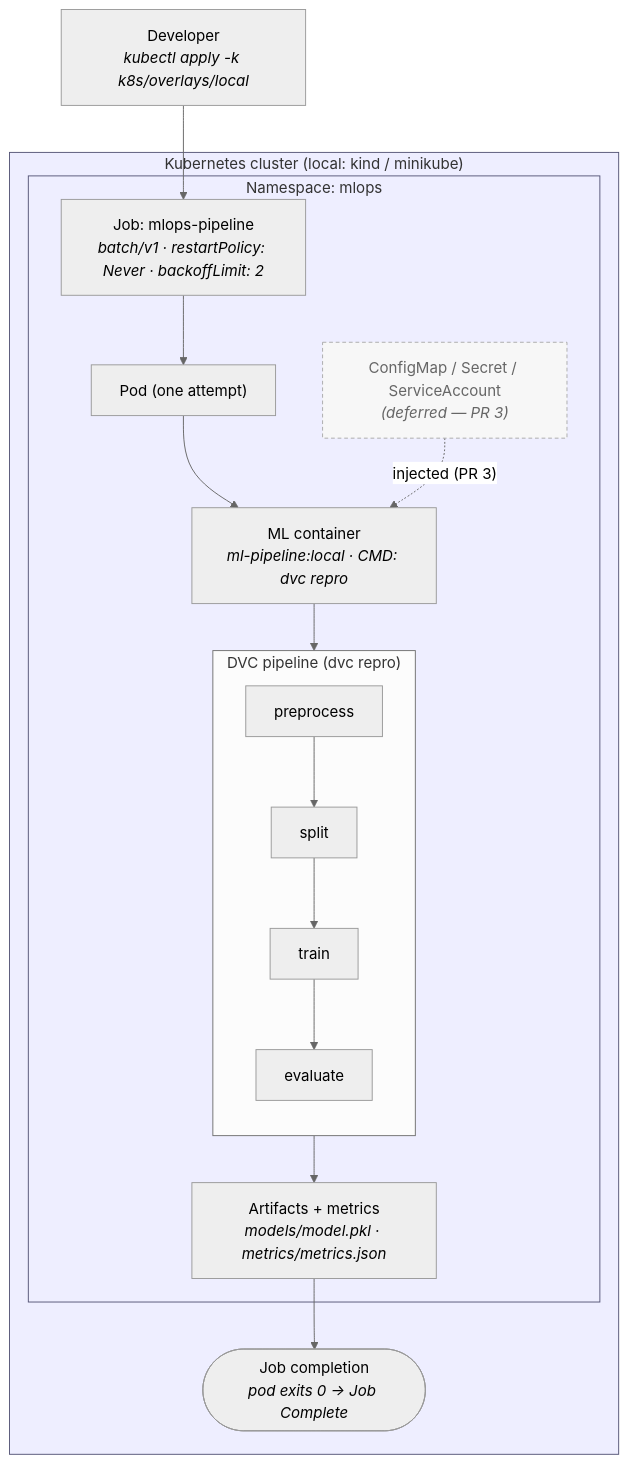
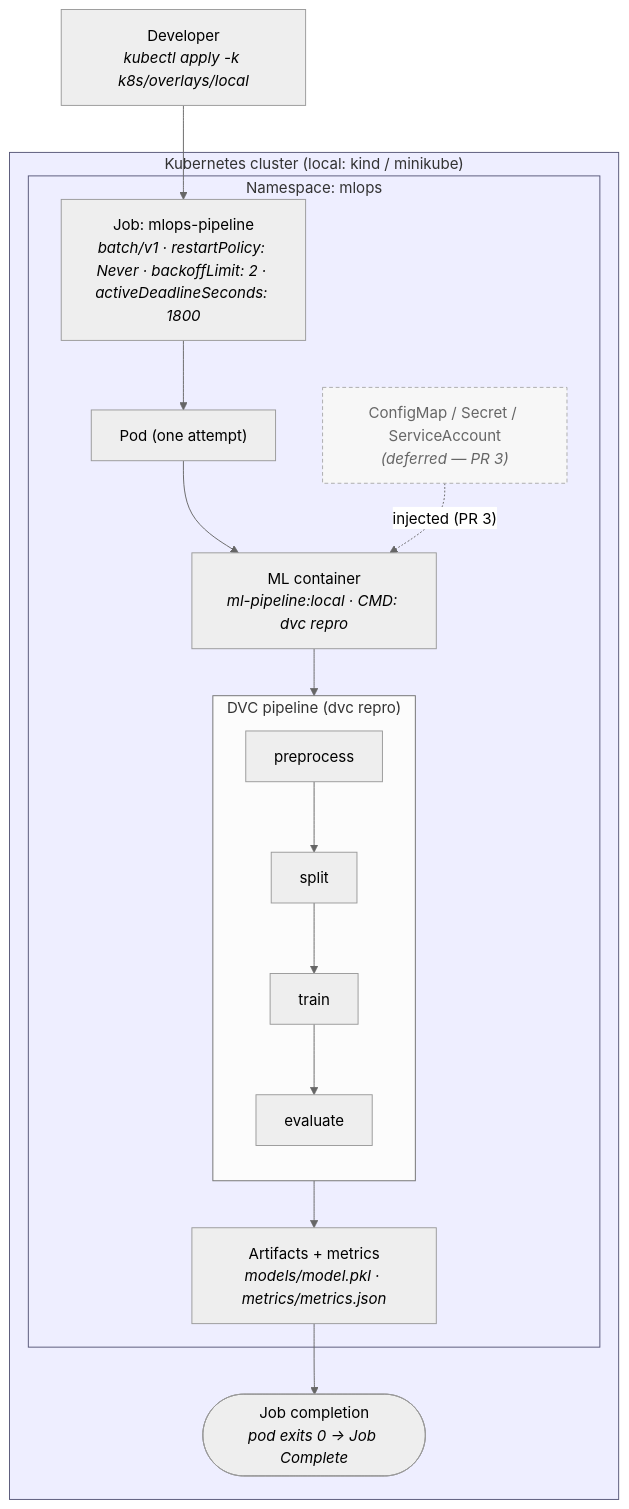
Before and after one commit to asadhanif3188/MLOps-Project-01-End-to-End-Machine-Learning-Pipeline: the diagram in docs/diagrams/kubernetes-architecture/README.md, drawn with Mermaid (neutral theme). The commit also changed other lines of this file and 7 other files, not shown here.

````diff
--- a/docs/diagrams/kubernetes-architecture/README.md
+++ b/docs/diagrams/kubernetes-architecture/README.md
@@ -13,36 +14,36 @@
 ```mermaid
 flowchart TD
     dev["Developer<br/><i>kubectl apply -k k8s/overlays/local</i>"]
 
     subgraph cluster["Kubernetes cluster (local: kind / minikube)"]
         subgraph ns["Namespace: mlops"]
-            job["Job: mlops-pipeline<br/><i>batch/v1 · restartPolicy: Never · backoffLimit: 2</i>"]
+            job["Job: mlops-pipeline<br/><i>batch/v1 · restartPolicy: Never · backoffLimit: 2 · activeDeadlineSeconds: 1800</i>"]
             pod["Pod (one attempt)"]
             container["ML container<br/><i>ml-pipeline:local · CMD: dvc repro</i>"]
 
             cfg["ConfigMap / Secret / ServiceAccount<br/><i>(deferred — PR 3)</i>"]
 
             job --> pod --> container
             cfg -. "injected (PR 3)" .-> container
 
             subgraph pipeline["DVC pipeline (dvc repro)"]
                 direction TB
                 pre["preprocess"] --> split["split"] --> train["train"] --> evaluate["evaluate"]
             end
             container --> pipeline
 
             artifacts["Artifacts + metrics<br/><i>models/model.pkl · metrics/metrics.json</i>"]
             evaluate --> artifacts
         end
 
         completion(["Job completion<br/><i>pod exits 0 → Job Complete</i>"])
         artifacts --> completion
     end
 
     dev --> job
 
     classDef boundary fill:#eef,stroke:#557,stroke-width:1px;
     classDef deferred fill:#f7f7f7,stroke:#aaa,stroke-dasharray:4 3,color:#666;
     class cluster,ns boundary;
     class cfg deferred;
 ```
````
